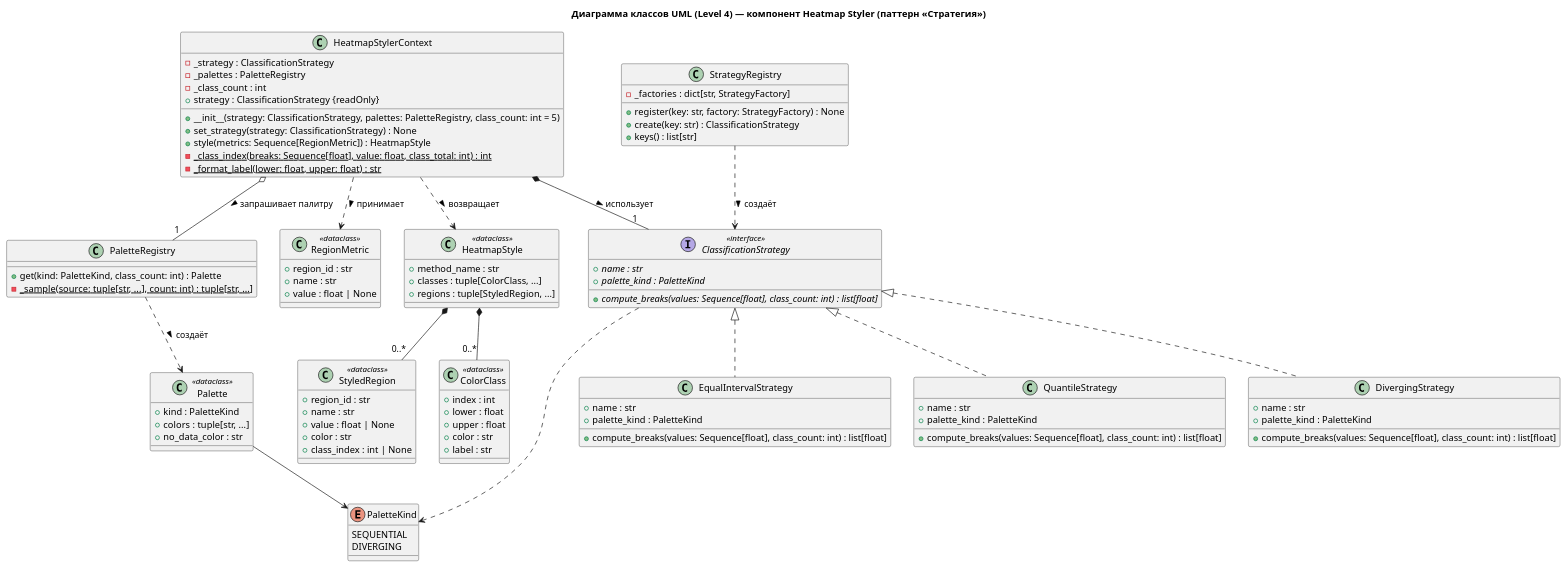
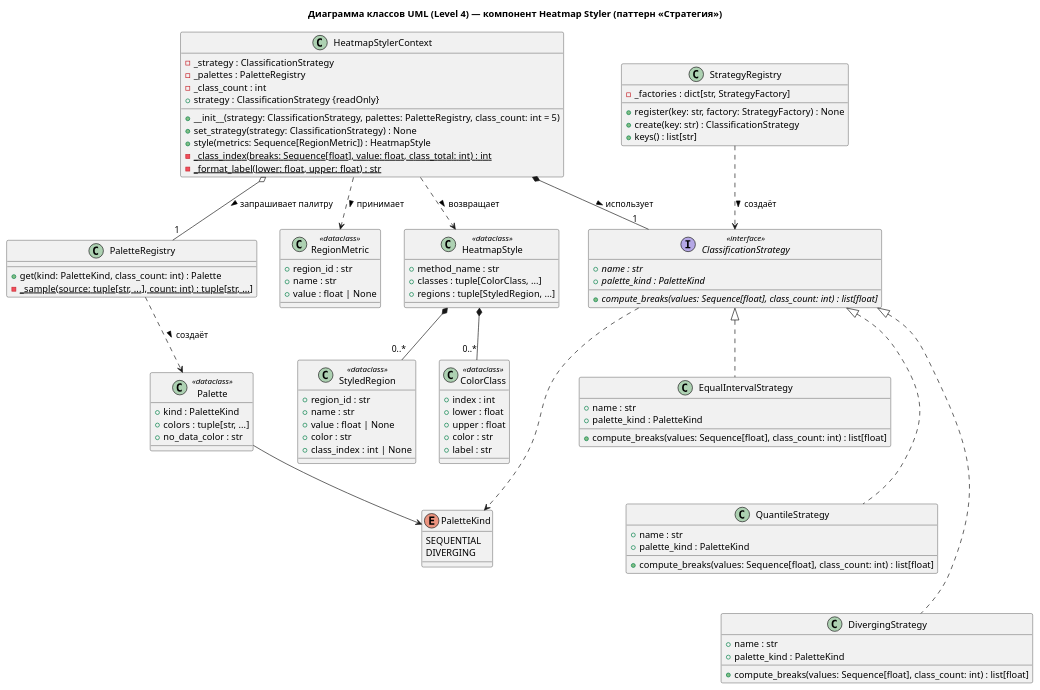
One commit to darymyrss/lab_1 changed the diagram in demographic-c4-project/src/code/heatmap-styler-classes.puml. Above: the diagram before and after it, drawn with PlantUML.

Commit message:
ЛР3: компоновка диаграммы классов для читаемости
Добавлены скрытые связи: стратегии EqualInterval/Quantile/Diverging расположены друг под другом. Состав классов и связей не изменился.

```diff
--- a/demographic-c4-project/src/code/heatmap-styler-classes.puml
+++ b/demographic-c4-project/src/code/heatmap-styler-classes.puml
@@ -1,104 +1,107 @@
 @startuml "DemoScope - Heatmap Styler Class Diagram"
 title Диаграмма классов UML (Level 4) — компонент Heatmap Styler (паттерн «Стратегия»)
 
 class HeatmapStylerContext {
   - _strategy : ClassificationStrategy
   - _palettes : PaletteRegistry
   - _class_count : int
   + __init__(strategy: ClassificationStrategy, palettes: PaletteRegistry, class_count: int = 5)
   + strategy : ClassificationStrategy {readOnly}
   + set_strategy(strategy: ClassificationStrategy) : None
   + style(metrics: Sequence[RegionMetric]) : HeatmapStyle
   - {static} _class_index(breaks: Sequence[float], value: float, class_total: int) : int
   - {static} _format_label(lower: float, upper: float) : str
 }
 
 interface ClassificationStrategy <<interface>> {
   {abstract} + name : str
   {abstract} + palette_kind : PaletteKind
   {abstract} + compute_breaks(values: Sequence[float], class_count: int) : list[float]
 }
 
 class EqualIntervalStrategy {
   + name : str
   + palette_kind : PaletteKind
   + compute_breaks(values: Sequence[float], class_count: int) : list[float]
 }
 
 class QuantileStrategy {
   + name : str
   + palette_kind : PaletteKind
   + compute_breaks(values: Sequence[float], class_count: int) : list[float]
 }
 
 class DivergingStrategy {
   + name : str
   + palette_kind : PaletteKind
   + compute_breaks(values: Sequence[float], class_count: int) : list[float]
 }
 
 class StrategyRegistry {
   - _factories : dict[str, StrategyFactory]
   + register(key: str, factory: StrategyFactory) : None
   + create(key: str) : ClassificationStrategy
   + keys() : list[str]
 }
 
 class PaletteRegistry {
   + get(kind: PaletteKind, class_count: int) : Palette
   - {static} _sample(source: tuple[str, ...], count: int) : tuple[str, ...]
 }
 
 enum PaletteKind {
   SEQUENTIAL
   DIVERGING
 }
 
 class RegionMetric <<dataclass>> {
   + region_id : str
   + name : str
   + value : float | None
 }
 
 class Palette <<dataclass>> {
   + kind : PaletteKind
   + colors : tuple[str, ...]
   + no_data_color : str
 }
 
 class HeatmapStyle <<dataclass>> {
   + method_name : str
   + classes : tuple[ColorClass, ...]
   + regions : tuple[StyledRegion, ...]
 }
 
 class ColorClass <<dataclass>> {
   + index : int
   + lower : float
   + upper : float
   + color : str
   + label : str
 }
 
 class StyledRegion <<dataclass>> {
   + region_id : str
   + name : str
   + value : float | None
   + color : str
   + class_index : int | None
 }
 
 HeatmapStylerContext *-- "1" ClassificationStrategy : использует >
 HeatmapStylerContext o-- "1" PaletteRegistry : запрашивает палитру >
 ClassificationStrategy <|.. EqualIntervalStrategy
 ClassificationStrategy <|.. QuantileStrategy
 ClassificationStrategy <|.. DivergingStrategy
 StrategyRegistry ..> ClassificationStrategy : создаёт >
 HeatmapStylerContext ..> RegionMetric : принимает >
 HeatmapStylerContext ..> HeatmapStyle : возвращает >
 HeatmapStyle *-- "0..*" ColorClass
 HeatmapStyle *-- "0..*" StyledRegion
 PaletteRegistry ..> Palette : создаёт >
 ClassificationStrategy ..> PaletteKind
 Palette --> PaletteKind
+' Компоновка: стратегии располагаются друг под другом (скрытые связи не меняют смысл диаграммы)
+EqualIntervalStrategy -[hidden]down- QuantileStrategy
+QuantileStrategy -[hidden]down- DivergingStrategy
 @enduml
```
